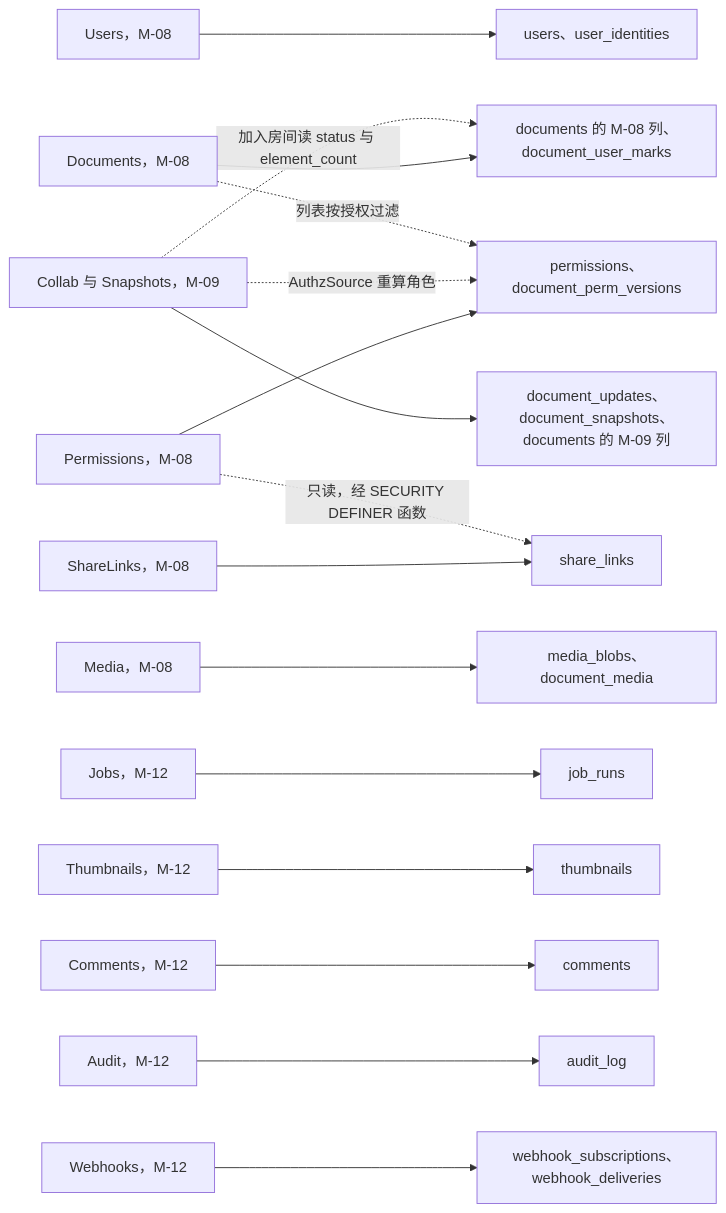
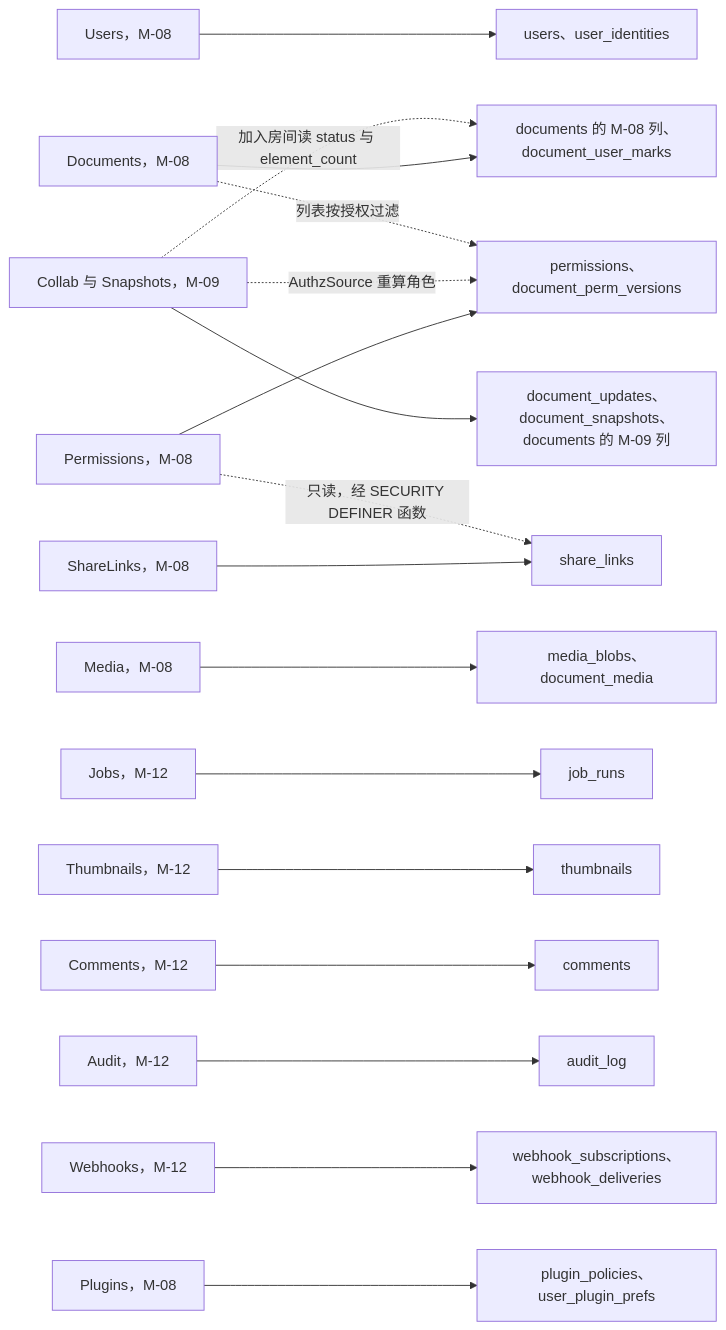
Before and after one commit to Xeonice/cordis-ppt-editor: the fourth of 7 diagrams in docs/60-backend/08-db-conventions-roles-rls-migrations.md, drawn with Mermaid. The commit also changed other lines of this file and 19 other files, not shown here.

````diff
--- a/docs/60-backend/08-db-conventions-roles-rls-migrations.md
+++ b/docs/60-backend/08-db-conventions-roles-rls-migrations.md
@@ -404,40 +412,41 @@
 ```mermaid
 flowchart LR
   mUsers["Users，M-08"]
   mDocs["Documents，M-08"]
   mPerm["Permissions，M-08"]
   mLinks["ShareLinks，M-08"]
   mMedia["Media，M-08"]
   mCollab["Collab 与 Snapshots，M-09"]
   mJobs["Jobs，M-12"]
   mThumbs["Thumbnails，M-12"]
   mComments["Comments，M-12"]
   mAudit["Audit，M-12"]
   mHooks["Webhooks，M-12"]
   tUsers["users、user_identities"]
   tDocs["documents 的 M-08 列、document_user_marks"]
   tCollab["document_updates、document_snapshots、documents 的 M-09 列"]
   tPerm["permissions、document_perm_versions"]
   tLinks["share_links"]
   tMedia["media_blobs、document_media"]
   tJobs["job_runs"]
   tThumbs["thumbnails"]
   tComments["comments"]
   tAudit["audit_log"]
   tHooks["webhook_subscriptions、webhook_deliveries"]
   mUsers --> tUsers
   mDocs --> tDocs
   mCollab --> tCollab
   mPerm --> tPerm
   mLinks --> tLinks
   mMedia --> tMedia
   mJobs --> tJobs
   mThumbs --> tThumbs
   mComments --> tComments
   mAudit --> tAudit
   mHooks --> tHooks
+  mPlugins["Plugins，M-08"] --> tPlugins["plugin_policies、user_plugin_prefs"]
   mPerm -. "只读，经 SECURITY DEFINER 函数" .-> tLinks
   mCollab -. "加入房间读 status 与 element_count" .-> tDocs
   mCollab -. "AuthzSource 重算角色" .-> tPerm
   mDocs -. "列表按授权过滤" .-> tPerm
 ```
````
